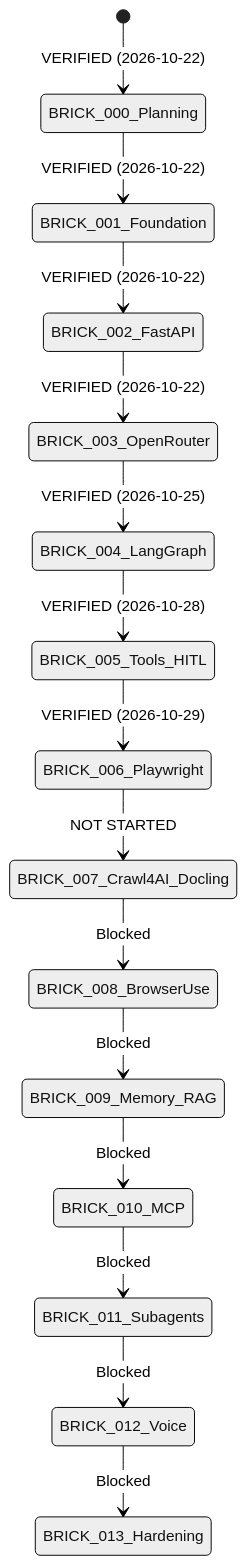
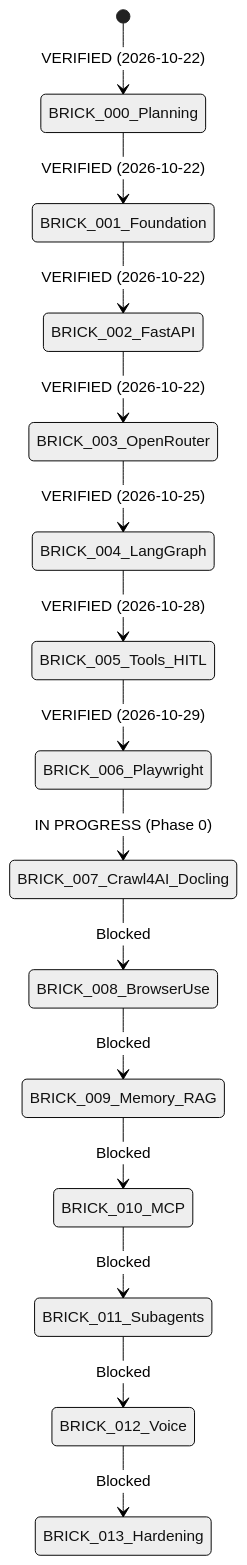
One commit to Aryramy/javed changed the diagram in docs/PROGRESS.md. Above: the diagram before and after it, drawn with Mermaid (neutral theme). The commit also changed other lines of this file and 5 other files, not shown here.

Commit message:
docs(brick-007): Phase 0 preflight, dependency audit, schema design & architecture plan

````diff
--- a/docs/PROGRESS.md
+++ b/docs/PROGRESS.md
@@ -28,17 +28,17 @@
 ```mermaid
 stateDiagram-v2
     [*] --> BRICK_000_Planning: VERIFIED (2026-10-22)
     BRICK_000_Planning --> BRICK_001_Foundation: VERIFIED (2026-10-22)
     BRICK_001_Foundation --> BRICK_002_FastAPI: VERIFIED (2026-10-22)
     BRICK_002_FastAPI --> BRICK_003_OpenRouter: VERIFIED (2026-10-22)
     BRICK_003_OpenRouter --> BRICK_004_LangGraph: VERIFIED (2026-10-25)
     BRICK_004_LangGraph --> BRICK_005_Tools_HITL: VERIFIED (2026-10-28)
     BRICK_005_Tools_HITL --> BRICK_006_Playwright: VERIFIED (2026-10-29)
-    BRICK_006_Playwright --> BRICK_007_Crawl4AI_Docling: NOT STARTED
+    BRICK_006_Playwright --> BRICK_007_Crawl4AI_Docling: IN PROGRESS (Phase 0)
     BRICK_007_Crawl4AI_Docling --> BRICK_008_BrowserUse: Blocked
     BRICK_008_BrowserUse --> BRICK_009_Memory_RAG: Blocked
     BRICK_009_Memory_RAG --> BRICK_010_MCP: Blocked
     BRICK_010_MCP --> BRICK_011_Subagents: Blocked
     BRICK_011_Subagents --> BRICK_012_Voice: Blocked
     BRICK_012_Voice --> BRICK_013_Hardening: Blocked
 ```
````
